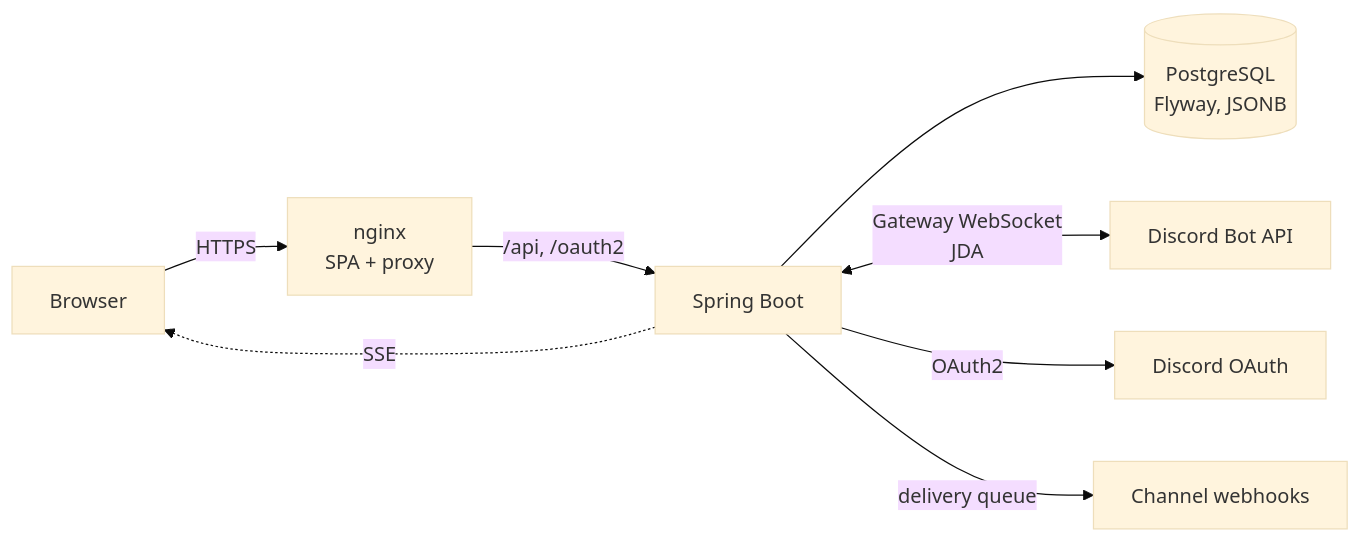
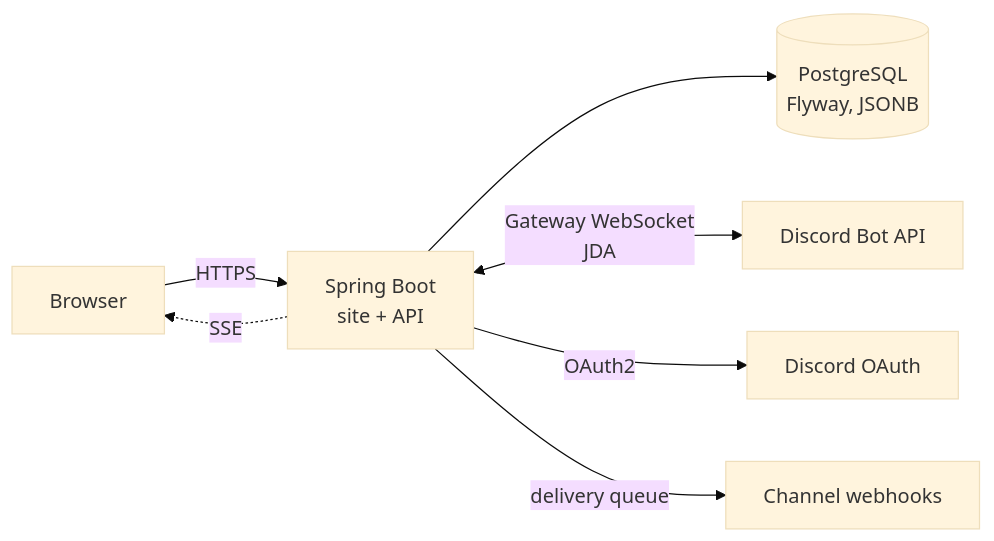
Before and after one commit to marensovich/MarForms: the second of 2 diagrams in README.en.md, drawn with Mermaid (base theme). The commit also changed other lines of this file and 24 other files, not shown here.

````diff
--- a/README.en.md
+++ b/README.en.md
@@ -163,10 +180,9 @@
 ```mermaid
 flowchart LR
-    B[Browser] -->|HTTPS| N[nginx<br/>SPA + proxy]
-    N -->|/api, /oauth2| S[Spring Boot]
+    B[Browser] -->|HTTPS| S[Spring Boot<br/>site + API]
     S --> P[(PostgreSQL<br/>Flyway, JSONB)]
     S <-->|Gateway WebSocket<br/>JDA| G[Discord Bot API]
     S -->|OAuth2| O[Discord OAuth]
     S -->|delivery queue| W[Channel webhooks]
     S -.->|SSE| B
 ```
````
